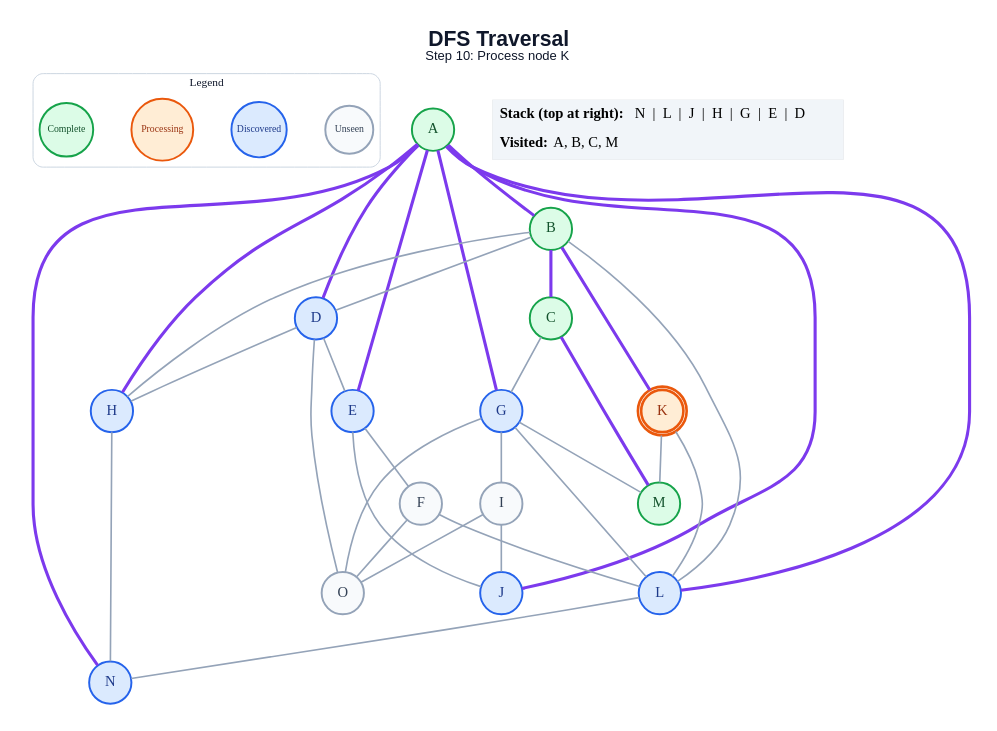
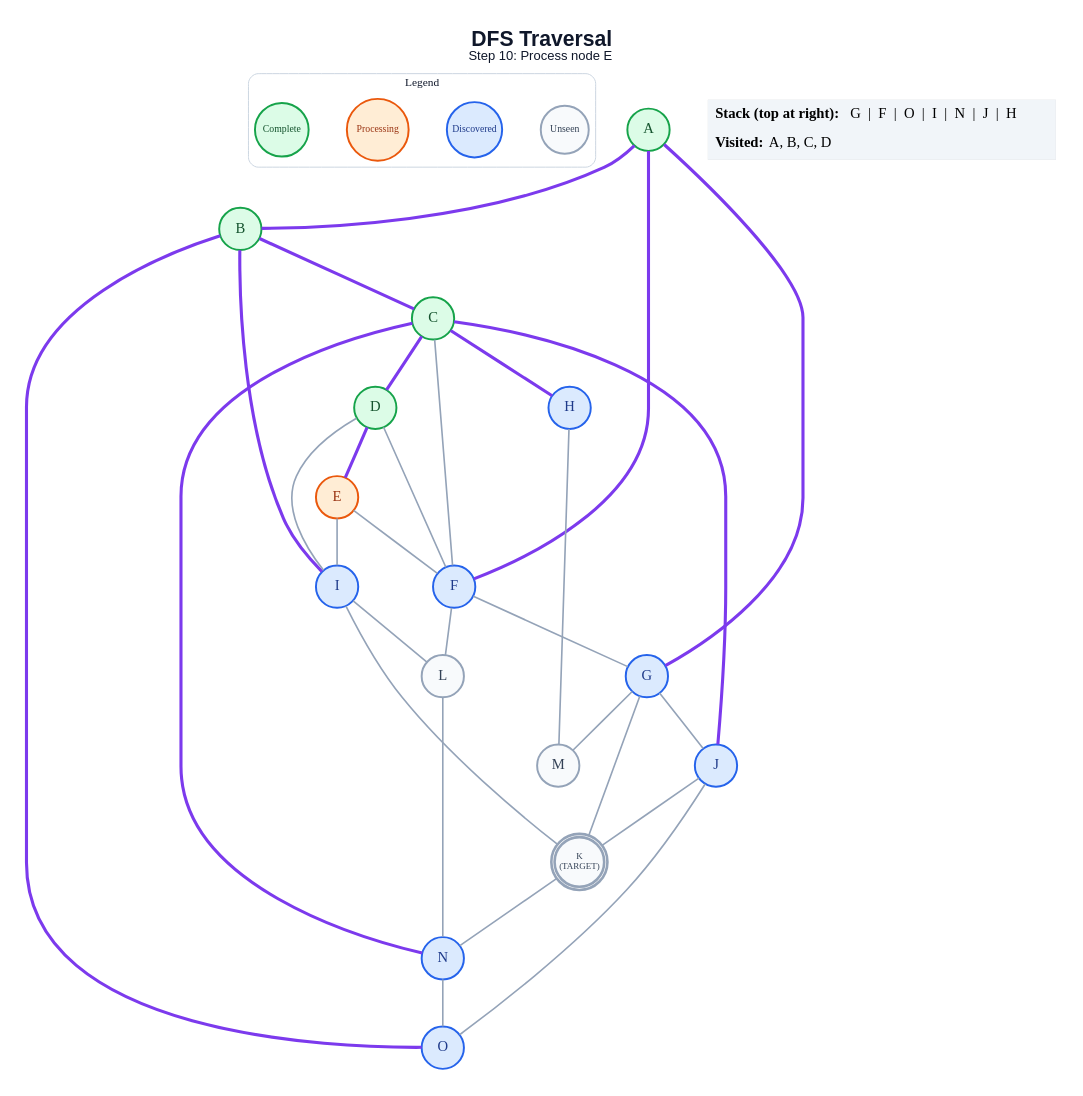
The diagram in generated/specific-node/dfs/step_10.dot (anon7238593-create/ai-slop), drawn with Graphviz before and after one commit. The commit also changed 248 other files, not shown here.

```diff
--- a/generated/specific-node/dfs/step_10.dot
+++ b/generated/specific-node/dfs/step_10.dot
@@ -1,66 +1,63 @@
 graph traversal {
   graph [layout=dot, rankdir=TB, bgcolor="#FFFFFF", pad="0.35", nodesep="0.65", ranksep="0.8", fontname="Arial"];
   node [shape=circle, style="filled", fontname="Arial Bold", fontsize=18, width=0.72, fixedsize=true, penwidth=2.4];
   edge [color="#94A3B8", penwidth=2.0];
-  label=<<B>DFS Traversal</B><BR/><FONT POINT-SIZE="16">Step 10: Process node K</FONT>>; labelloc="t"; fontsize=26; fontname="Arial"; fontcolor="#0F172A";
+  label=<<B>DFS Traversal</B><BR/><FONT POINT-SIZE="16">Step 10: Process node E</FONT>>; labelloc="t"; fontsize=26; fontname="Arial"; fontcolor="#0F172A";
   subgraph cluster_legend { label="Legend"; color="#CBD5E1"; penwidth=1.2; style="rounded"; fontsize=14; fontname="Arial Bold";
     key_unseen [label="Unseen", fillcolor="#F8FAFC", color="#94A3B8", fontcolor="#334155", fontsize=12, width=0.82];
     key_frontier [label="Discovered", fillcolor="#DBEAFE", color="#2563EB", fontcolor="#1E3A8A", fontsize=12, width=0.95];
     key_current [label="Processing", fillcolor="#FFEDD5", color="#EA580C", fontcolor="#9A3412", fontsize=12, width=1.05];
     key_done [label="Complete", fillcolor="#DCFCE7", color="#16A34A", fontcolor="#14532D", fontsize=12, width=0.92];
     { rank=same; key_unseen; key_frontier; key_current; key_done; }
   }
   A [label="A", fillcolor="#DCFCE7", color="#16A34A", fontcolor="#14532D", peripheries=1, penwidth=2.4];
   B [label="B", fillcolor="#DCFCE7", color="#16A34A", fontcolor="#14532D", peripheries=1, penwidth=2.4];
   C [label="C", fillcolor="#DCFCE7", color="#16A34A", fontcolor="#14532D", peripheries=1, penwidth=2.4];
-  D [label="D", fillcolor="#DBEAFE", color="#2563EB", fontcolor="#1E3A8A", peripheries=1, penwidth=2.4];
-  E [label="E", fillcolor="#DBEAFE", color="#2563EB", fontcolor="#1E3A8A", peripheries=1, penwidth=2.4];
-  F [label="F", fillcolor="#F8FAFC", color="#94A3B8", fontcolor="#334155", peripheries=1, penwidth=2.4];
+  D [label="D", fillcolor="#DCFCE7", color="#16A34A", fontcolor="#14532D", peripheries=1, penwidth=2.4];
+  E [label="E", fillcolor="#FFEDD5", color="#EA580C", fontcolor="#9A3412", peripheries=1, penwidth=2.4];
+  F [label="F", fillcolor="#DBEAFE", color="#2563EB", fontcolor="#1E3A8A", peripheries=1, penwidth=2.4];
   G [label="G", fillcolor="#DBEAFE", color="#2563EB", fontcolor="#1E3A8A", peripheries=1, penwidth=2.4];
   H [label="H", fillcolor="#DBEAFE", color="#2563EB", fontcolor="#1E3A8A", peripheries=1, penwidth=2.4];
-  I [label="I", fillcolor="#F8FAFC", color="#94A3B8", fontcolor="#334155", peripheries=1, penwidth=2.4];
+  I [label="I", fillcolor="#DBEAFE", color="#2563EB", fontcolor="#1E3A8A", peripheries=1, penwidth=2.4];
   J [label="J", fillcolor="#DBEAFE", color="#2563EB", fontcolor="#1E3A8A", peripheries=1, penwidth=2.4];
-  K [label="K", fillcolor="#FFEDD5", color="#EA580C", fontcolor="#9A3412", peripheries=2, penwidth=3.2];
-  L [label="L", fillcolor="#DBEAFE", color="#2563EB", fontcolor="#1E3A8A", peripheries=1, penwidth=2.4];
-  M [label="M", fillcolor="#DCFCE7", color="#16A34A", fontcolor="#14532D", peripheries=1, penwidth=2.4];
+  K [label="K\n(TARGET)", fillcolor="#F8FAFC", color="#94A3B8", fontcolor="#334155", peripheries=2, penwidth=3.2, fontsize=11, width=0.85, height=0.85];
+  L [label="L", fillcolor="#F8FAFC", color="#94A3B8", fontcolor="#334155", peripheries=1, penwidth=2.4];
+  M [label="M", fillcolor="#F8FAFC", color="#94A3B8", fontcolor="#334155", peripheries=1, penwidth=2.4];
   N [label="N", fillcolor="#DBEAFE", color="#2563EB", fontcolor="#1E3A8A", peripheries=1, penwidth=2.4];
-  O [label="O", fillcolor="#F8FAFC", color="#94A3B8", fontcolor="#334155", peripheries=1, penwidth=2.4];
+  O [label="O", fillcolor="#DBEAFE", color="#2563EB", fontcolor="#1E3A8A", peripheries=1, penwidth=2.4];
   A -- B [color="#7C3AED", penwidth=3.8];
-  A -- D [color="#7C3AED", penwidth=3.8];
-  A -- E [color="#7C3AED", penwidth=3.8];
+  A -- F [color="#7C3AED", penwidth=3.8];
   A -- G [color="#7C3AED", penwidth=3.8];
-  A -- H [color="#7C3AED", penwidth=3.8];
-  A -- J [color="#7C3AED", penwidth=3.8];
-  A -- L [color="#7C3AED", penwidth=3.8];
-  A -- N [color="#7C3AED", penwidth=3.8];
   B -- C [color="#7C3AED", penwidth=3.8];
-  B -- D;
-  B -- H;
-  B -- K [color="#7C3AED", penwidth=3.8];
-  B -- L;
-  C -- G;
-  C -- M [color="#7C3AED", penwidth=3.8];
-  D -- E;
-  D -- H;
-  D -- O;
+  B -- I [color="#7C3AED", penwidth=3.8];
+  B -- O [color="#7C3AED", penwidth=3.8];
+  C -- D [color="#7C3AED", penwidth=3.8];
+  C -- F;
+  C -- H [color="#7C3AED", penwidth=3.8];
+  C -- J [color="#7C3AED", penwidth=3.8];
+  C -- N [color="#7C3AED", penwidth=3.8];
+  D -- E [color="#7C3AED", penwidth=3.8];
+  D -- F;
+  D -- I;
   E -- F;
-  E -- J;
+  E -- I;
+  F -- G;
   F -- L;
-  F -- O;
-  G -- I;
-  G -- L;
+  G -- J;
+  G -- K;
   G -- M;
-  G -- O;
-  H -- N;
-  I -- J;
-  I -- O;
-  K -- L;
-  K -- M;
+  H -- M;
+  I -- K;
+  I -- L;
+  J -- K;
+  J -- O;
+  K -- N;
   L -- N;
+  N -- O;
   status [shape=plain, fixedsize=false, width=0, height=0, margin=0, label=<
     <TABLE BORDER="0" CELLBORDER="0" CELLPADDING="7" BGCOLOR="#F1F5F9">
-      <TR><TD ALIGN="LEFT"><B>Stack (top at right):</B> N  |  L  |  J  |  H  |  G  |  E  |  D</TD></TR>
-      <TR><TD ALIGN="LEFT"><B>Visited:</B> A, B, C, M</TD></TR>
+      <TR><TD ALIGN="LEFT"><B>Stack (top at right):</B> G  |  F  |  O  |  I  |  N  |  J  |  H</TD></TR>
+      <TR><TD ALIGN="LEFT"><B>Visited:</B> A, B, C, D</TD></TR>
     </TABLE>
   >];
 }
```
